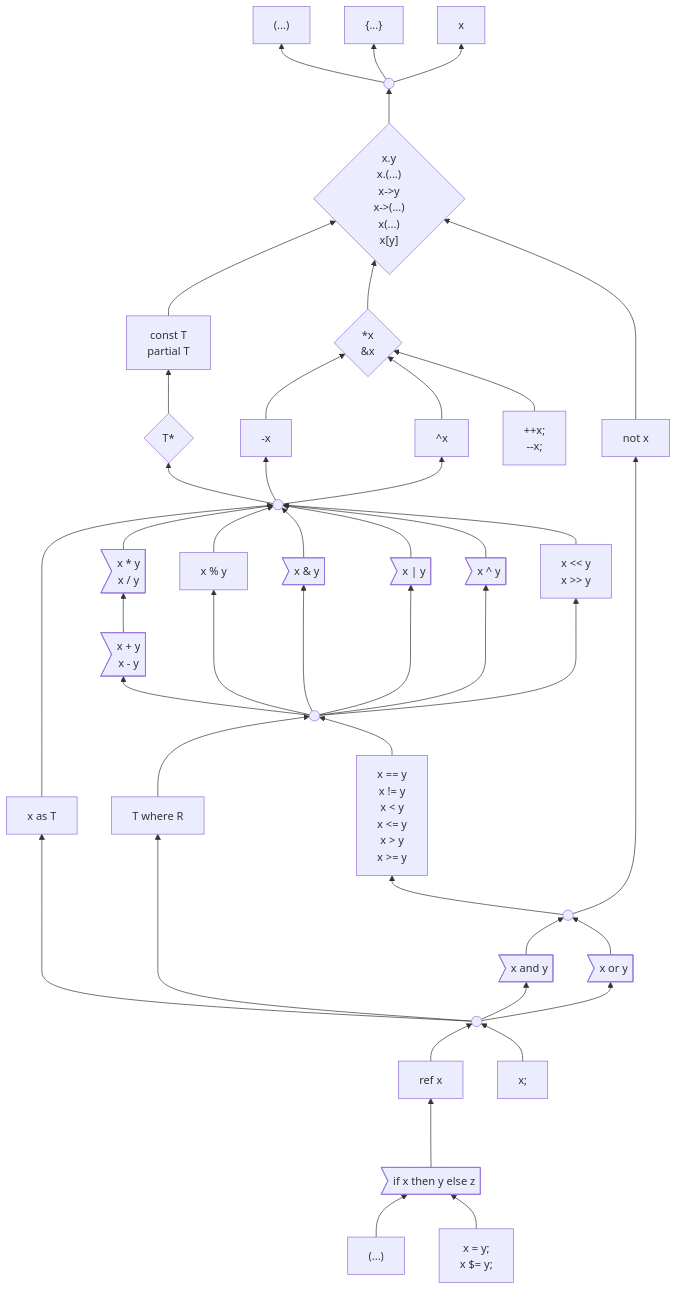
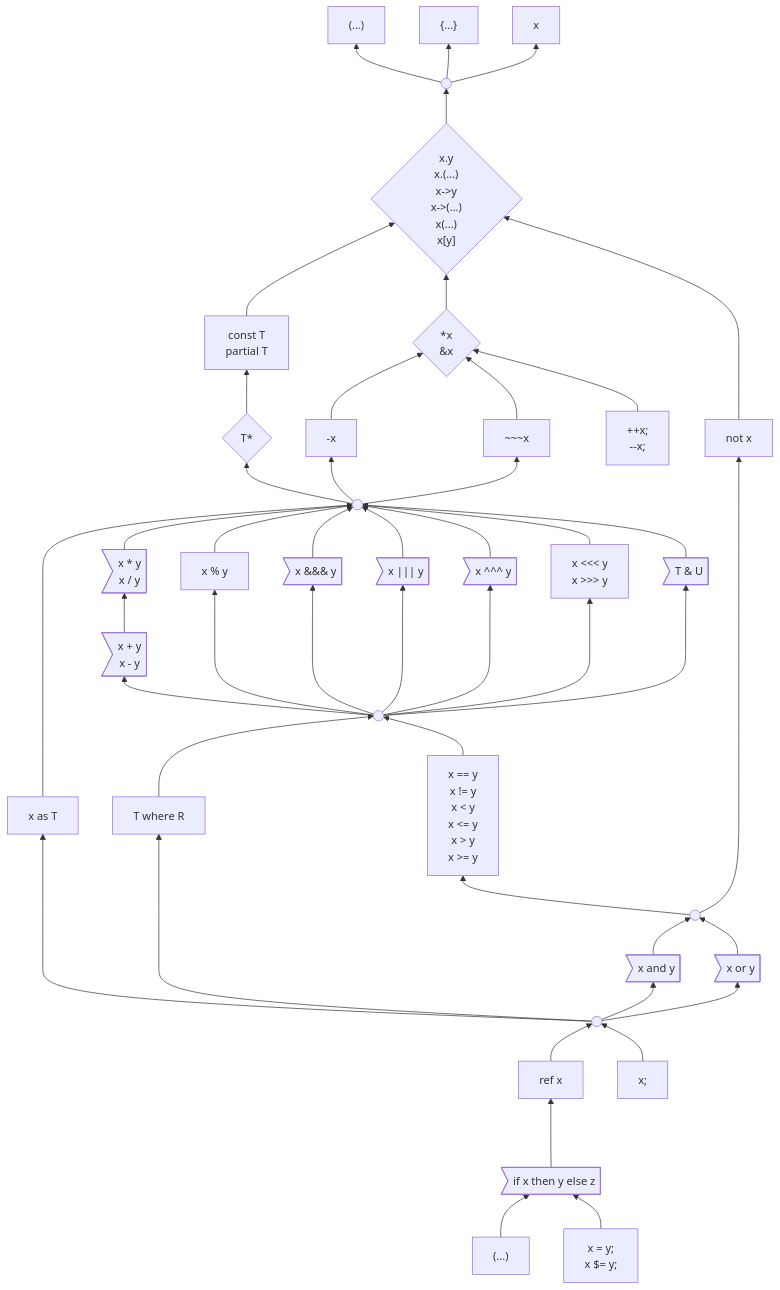
The first of 3 diagrams in docs/design/expressions/README.md (carbon-language/carbon-lang), drawn with Mermaid before and after one commit. The commit also changed other lines of this file and 8 other files, not shown here.

```diff
--- a/docs/design/expressions/README.md
+++ b/docs/design/expressions/README.md
@@ -86,7 +86,7 @@
     negation["-x"]
     click negation "https://github.com/carbon-language/carbon-lang/blob/trunk/docs/design/expressions/arithmetic.md"
 
-    complement["^x"]
+    complement["~~~x"]
     click complement "https://github.com/carbon-language/carbon-lang/blob/trunk/docs/design/expressions/bitwise.md"
 
     incDec["++x;
@@ -109,16 +109,19 @@
     modulo["x % y"]
     click modulo "https://github.com/carbon-language/carbon-lang/blob/trunk/docs/design/expressions/arithmetic.md"
 
-    bitwise_and>"x & y"]
-    bitwise_or>"x | y"]
-    bitwise_xor>"x ^ y"]
+    bitwise_and>"x &&& y"]
+    bitwise_or>"x ||| y"]
+    bitwise_xor>"x ^^^ y"]
     click bitwise_and "https://github.com/carbon-language/carbon-lang/blob/trunk/docs/design/expressions/bitwise.md"
     click bitwise_or "https://github.com/carbon-language/carbon-lang/blob/trunk/docs/design/expressions/bitwise.md"
     click bitwise_xor "https://github.com/carbon-language/carbon-lang/blob/trunk/docs/design/expressions/bitwise.md"
 
-    shift["x << y
-           x >> y"]
+    shift["x <<< y
+           x >>> y"]
     click shift "https://github.com/carbon-language/carbon-lang/blob/trunk/docs/design/expressions/bitwise.md"
+
+    facet_and>"T & U"]
+    click facet_and "https://github.com/carbon-language/carbon-lang/blob/trunk/docs/design/generics/details.md#combining-interfaces-by-anding-facet-types"
 
     binaryOps((" "))
 
@@ -175,9 +178,9 @@
     %% `as` at the same level as `where` and comparisons
     as -----> unary
 
-    multiplication & modulo & bitwise_and & bitwise_or & bitwise_xor & shift --> unary
+    multiplication & modulo & bitwise_and & bitwise_or & bitwise_xor & shift & facet_and --> unary
     addition --> multiplication
-    binaryOps --> addition & modulo & bitwise_and & bitwise_or & bitwise_xor & shift
+    binaryOps --> addition & modulo & bitwise_and & bitwise_or & bitwise_xor & shift & facet_and
 
     where --> binaryOps
     comparison --> binaryOps
```
